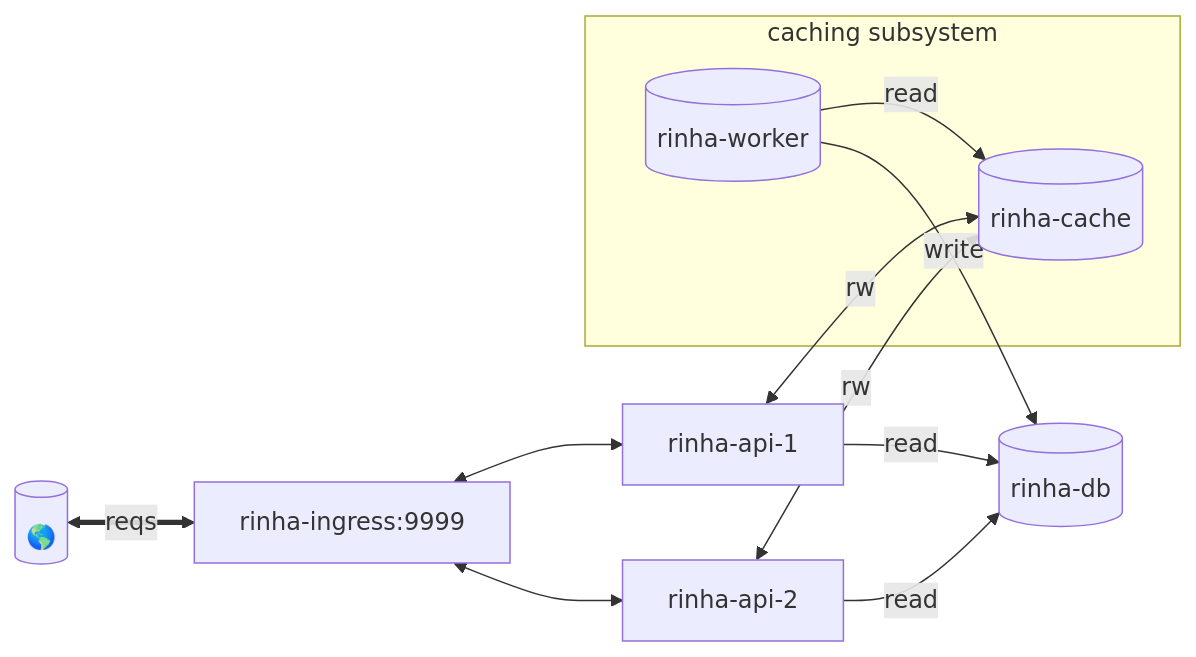
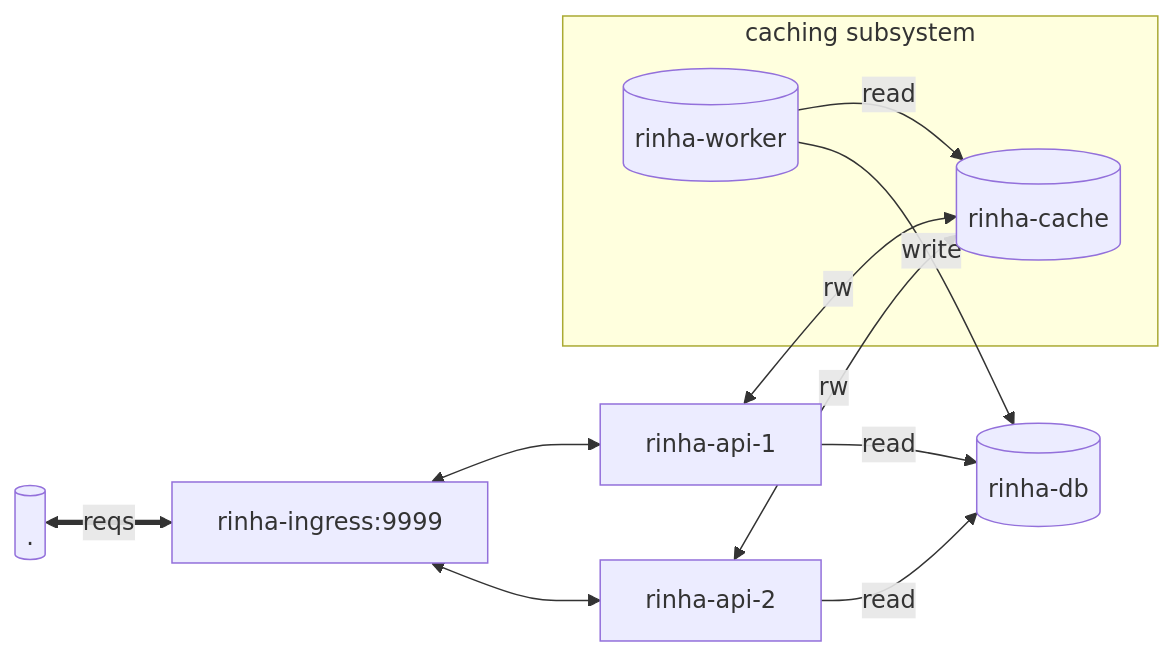
The diagram in README.md (flipbit03/rinha-de-backend-2024-q1-cadu), drawn with Mermaid before and after one commit.

Commit message:
Flowchart? Graph?

````diff
--- a/README.md
+++ b/README.md
@@ -10,16 +10,16 @@
 ```mermaid
-graph LR
-  OUTSIDE[(🌎)] <==>|reqs| NGINX[rinha-ingress:9999]
+flowchart LR
+  OUTSIDE[(.)] <==>|reqs| NGINX[rinha-ingress:9999]
   subgraph caching subsystem
     CACHE[(rinha-cache)]
     WORKER[(rinha-worker)]
   end
   NGINX <--> API1[rinha-api-1]
   NGINX <--> API2[rinha-api-2]
   API1 <--> |rw| CACHE[(rinha-cache)]
   API2 <--> |rw| CACHE[(rinha-cache)]
   WORKER --> |read| CACHE[(rinha-cache)] 
   WORKER --> |write| DB[(rinha-db)]
   API1 --> |read| DB[(rinha-db)]
   API2 --> |read| DB[(rinha-db)]
 ```
````
